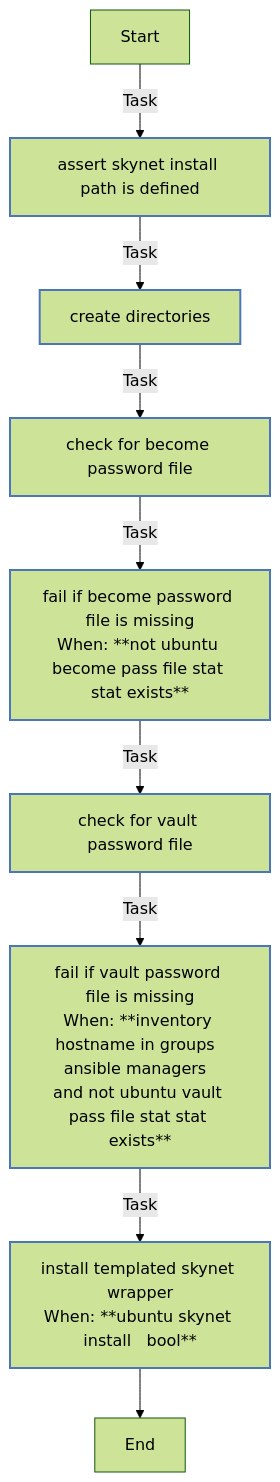
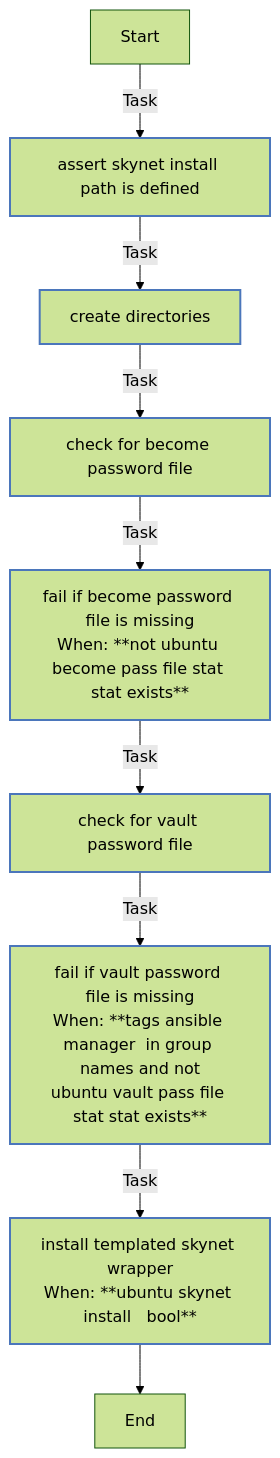
One commit to Lebowski89/homelab changed the eighth of 10 diagrams in ansible/roles/ubuntu/README.md. Above: the diagram before and after it, drawn with Mermaid (forest theme). The commit also changed other lines of this file and 30 other files, not shown here.

Commit message:
feat(ansible): migrate inventory to NetBox

````diff
--- a/ansible/roles/ubuntu/README.md
+++ b/ansible/roles/ubuntu/README.md
@@ -384,21 +384,21 @@
 ```mermaid
 flowchart TD
 Start
 classDef block stroke:#3498db,stroke-width:2px;
 classDef task stroke:#4b76bb,stroke-width:2px;
 classDef includeTasks stroke:#16a085,stroke-width:2px;
 classDef importTasks stroke:#34495e,stroke-width:2px;
 classDef includeRole stroke:#2980b9,stroke-width:2px;
 classDef importRole stroke:#699ba7,stroke-width:2px;
 classDef includeVars stroke:#8e44ad,stroke-width:2px;
 classDef rescue stroke:#665352,stroke-width:2px;
 
   Start-->|Task| Assert_skynet_install_path_is_defined0[assert skynet install path is defined]:::task
   Assert_skynet_install_path_is_defined0-->|Task| Create_directories1[create directories]:::task
   Create_directories1-->|Task| Check_for_become_password_file2[check for become password file]:::task
   Check_for_become_password_file2-->|Task| Fail_if_become_password_file_is_missing3[fail if become password file is missing<br>When: **not ubuntu become pass file stat stat exists**]:::task
   Fail_if_become_password_file_is_missing3-->|Task| Check_for_vault_password_file4[check for vault password file]:::task
-  Check_for_vault_password_file4-->|Task| Fail_if_vault_password_file_is_missing5[fail if vault password file is missing<br>When: **inventory hostname in groups  ansible managers  <br>and not ubuntu vault pass file stat stat exists**]:::task
+  Check_for_vault_password_file4-->|Task| Fail_if_vault_password_file_is_missing5[fail if vault password file is missing<br>When: **tags ansible manager  in group names and not<br>ubuntu vault pass file stat stat exists**]:::task
   Fail_if_vault_password_file_is_missing5-->|Task| Install_templated_skynet_wrapper6[install templated skynet wrapper<br>When: **ubuntu skynet install   bool**]:::task
   Install_templated_skynet_wrapper6-->End
 ```
````
